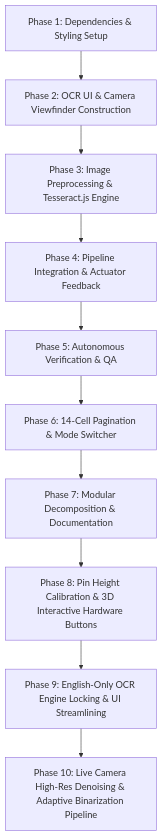
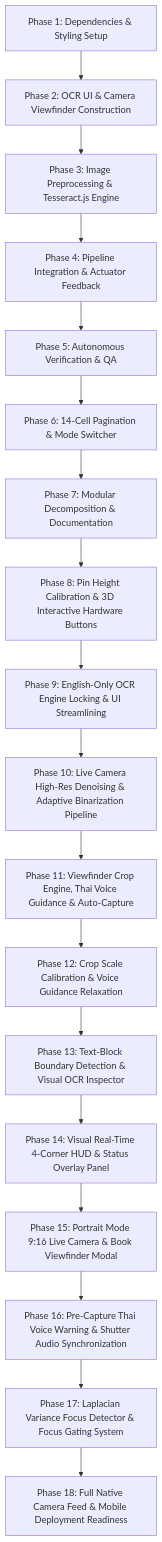
One commit to chokunkie/braillend changed the diagram in task-graph.md. Above: the diagram before and after it, drawn with Mermaid. The commit also changed other lines of this file and 6 other files, not shown here.

Commit message:
feat(camera): Upgrade native full camera viewport, Laplacian focus gating & mobile responsiveness for deployment

````diff
--- a/task-graph.md
+++ b/task-graph.md
@@ -17,12 +21,20 @@
 ```mermaid
 graph TD
     P1["Phase 1: Dependencies & Styling Setup"] --> P2["Phase 2: OCR UI & Camera Viewfinder Construction"]
     P2 --> P3["Phase 3: Image Preprocessing & Tesseract.js Engine"]
     P3 --> P4["Phase 4: Pipeline Integration & Actuator Feedback"]
     P4 --> P5["Phase 5: Autonomous Verification & QA"]
     P5 --> P6["Phase 6: 14-Cell Pagination & Mode Switcher"]
     P6 --> P7["Phase 7: Modular Decomposition & Documentation"]
     P7 --> P8["Phase 8: Pin Height Calibration & 3D Interactive Hardware Buttons"]
     P8 --> P9["Phase 9: English-Only OCR Engine Locking & UI Streamlining"]
     P9 --> P10["Phase 10: Live Camera High-Res Denoising & Adaptive Binarization Pipeline"]
+    P10 --> P11["Phase 11: Viewfinder Crop Engine, Thai Voice Guidance & Auto-Capture"]
+    P11 --> P12["Phase 12: Crop Scale Calibration & Voice Guidance Relaxation"]
+    P12 --> P13["Phase 13: Text-Block Boundary Detection & Visual OCR Inspector"]
+    P13 --> P14["Phase 14: Visual Real-Time 4-Corner HUD & Status Overlay Panel"]
+    P14 --> P15["Phase 15: Portrait Mode 9:16 Live Camera & Book Viewfinder Modal"]
+    P15 --> P16["Phase 16: Pre-Capture Thai Voice Warning & Shutter Audio Synchronization"]
+    P16 --> P17["Phase 17: Laplacian Variance Focus Detector & Focus Gating System"]
+    P17 --> P18["Phase 18: Full Native Camera Feed & Mobile Deployment Readiness"]
 ```
````
